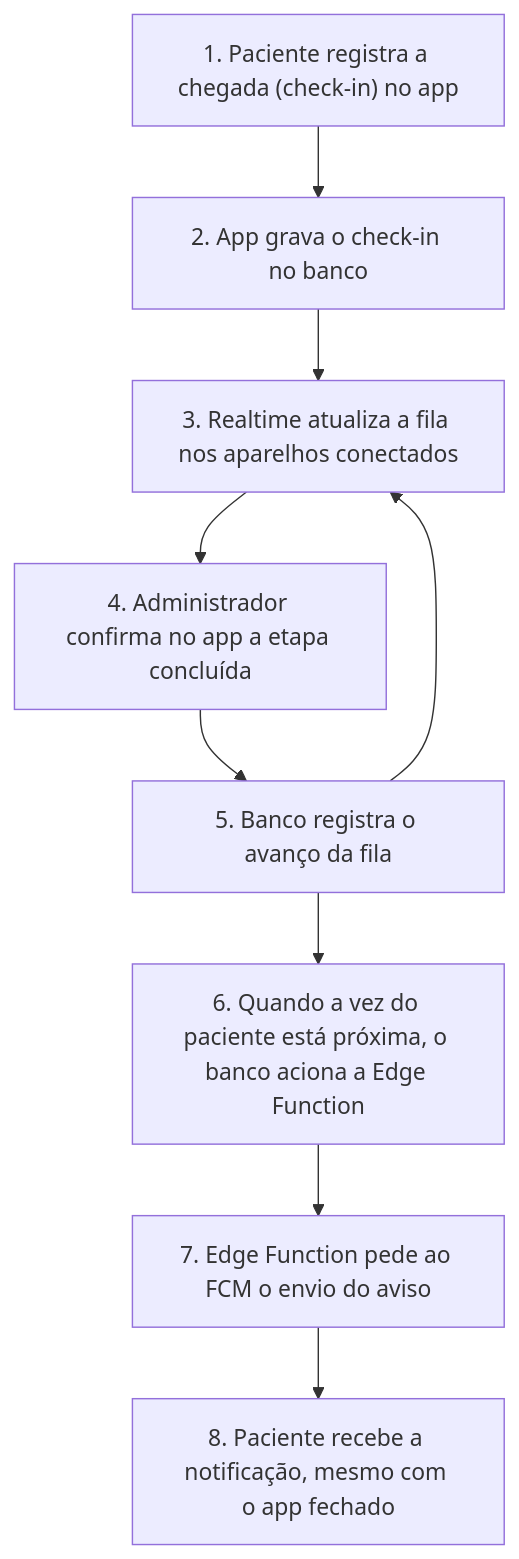
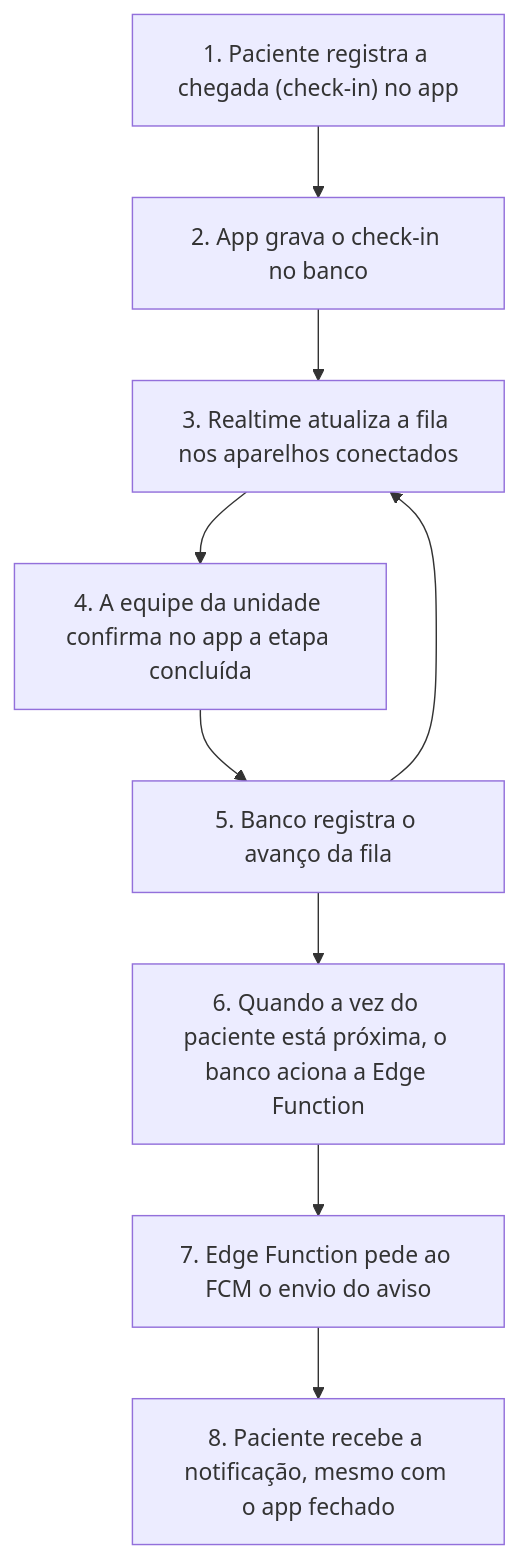
One commit to heitorcavss/pibic-saude changed the second of 2 diagrams in docs/modelagem/arquitetura-e-fluxo.md. Above: the diagram before and after it, drawn with Mermaid. The commit also changed other lines of this file and 5 other files, not shown here.

````diff
--- a/docs/modelagem/arquitetura-e-fluxo.md
+++ b/docs/modelagem/arquitetura-e-fluxo.md
@@ -52,16 +52,16 @@
 ```mermaid
 flowchart TD
     p1["1. Paciente registra a chegada (check-in) no app"]
     p2["2. App grava o check-in no banco"]
     p3["3. Realtime atualiza a fila nos aparelhos conectados"]
-    p4["4. Administrador confirma no app a etapa concluída"]
+    p4["4. A equipe da unidade confirma no app a etapa concluída"]
     p5["5. Banco registra o avanço da fila"]
     p6["6. Quando a vez do paciente está próxima, o banco aciona a Edge Function"]
     p7["7. Edge Function pede ao FCM o envio do aviso"]
     p8["8. Paciente recebe a notificação, mesmo com o app fechado"]
 
     p1 --> p2 --> p3
     p3 --> p4 --> p5
     p5 --> p3
     p5 --> p6 --> p7 --> p8
 ```
````
